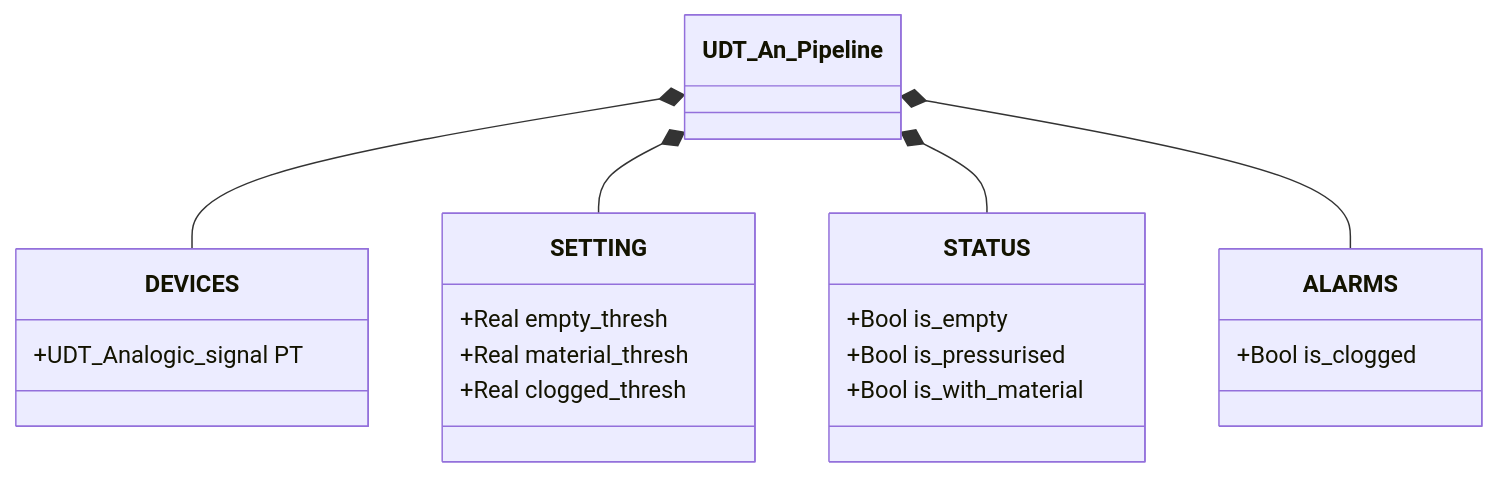
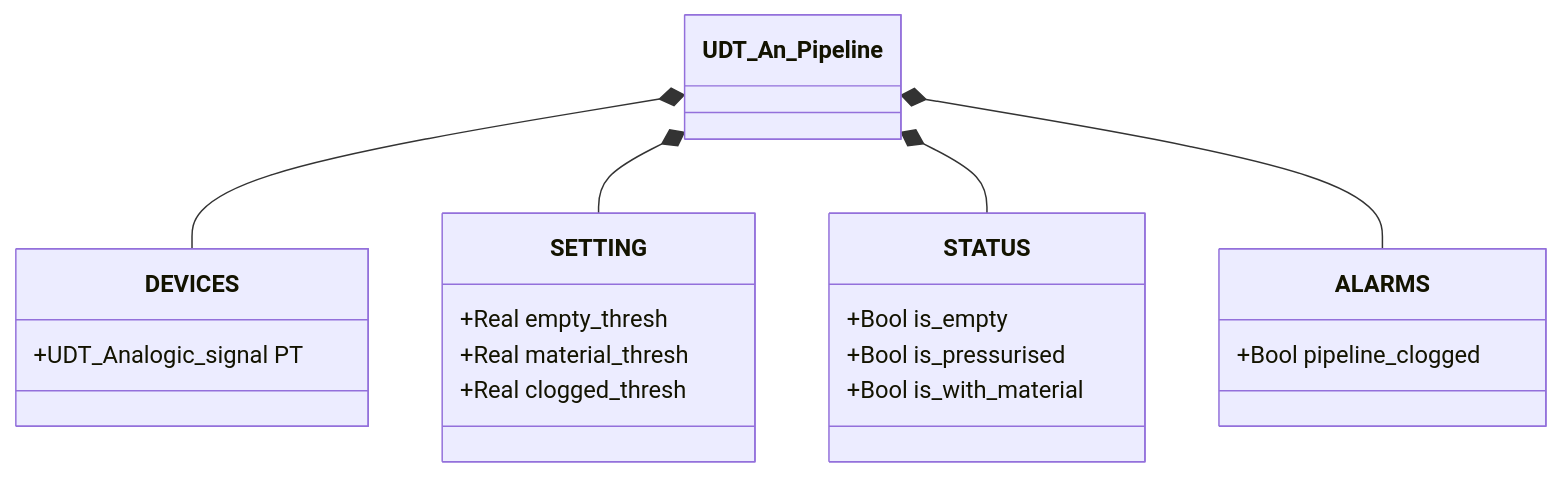
The diagram in docs/library/pipeline/analogic/index.en.md (AleFire99/TIA_knowledge), drawn with Mermaid before and after one commit. The commit also changed other lines of this file and 199 other files, not shown here.

````diff
--- a/docs/library/pipeline/analogic/index.en.md
+++ b/docs/library/pipeline/analogic/index.en.md
@@ -69,24 +64,24 @@
 ```mermaid
 classDiagram
     class UDT_An_Pipeline
     class DEVICES {
         +UDT_Analogic_signal PT
     }
     class SETTING {
         +Real empty_thresh
         +Real material_thresh
         +Real clogged_thresh
     }
     class STATUS {
         +Bool is_empty
         +Bool is_pressurised
         +Bool is_with_material
     }
     class ALARMS {
-        +Bool is_clogged
+        +Bool pipeline_clogged
     }
     UDT_An_Pipeline *-- DEVICES
     UDT_An_Pipeline *-- SETTING
     UDT_An_Pipeline *-- STATUS
     UDT_An_Pipeline *-- ALARMS
 ```
````
